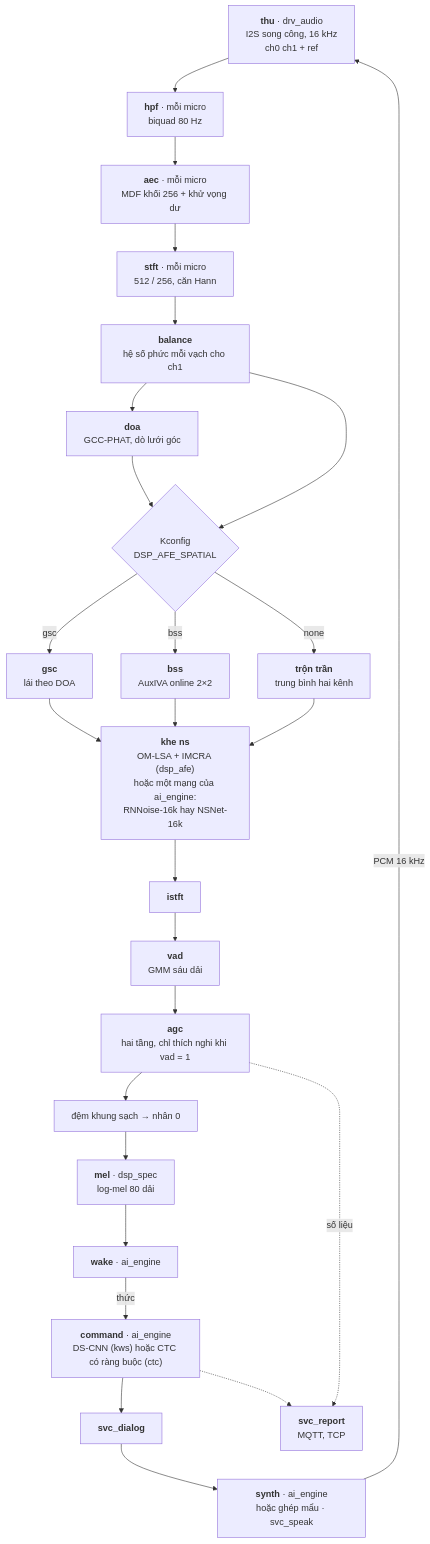
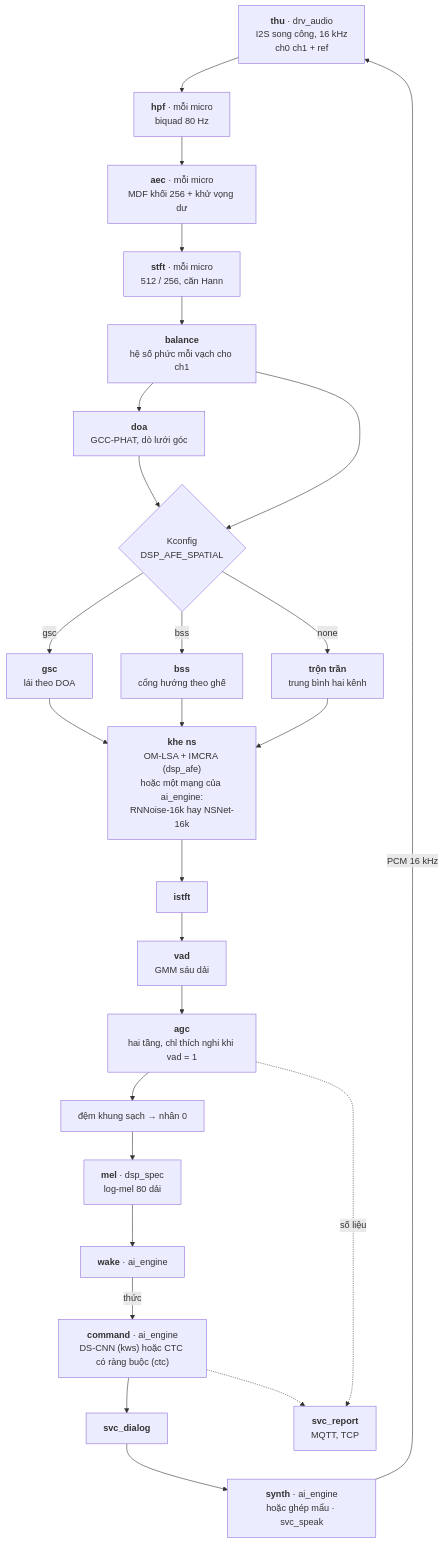
The diagram in docs/KE_HOACH_esp_sr_esp32s3.md (dovanviet04112004/esp-sr), drawn with Mermaid before and after one commit. The commit also changed other lines of this file, not shown here.

````diff
--- a/docs/KE_HOACH_esp_sr_esp32s3.md
+++ b/docs/KE_HOACH_esp_sr_esp32s3.md
@@ -456,28 +456,28 @@
 ```mermaid
 flowchart TB
     A["<b>thu</b> · drv_audio<br/>I2S song công, 16 kHz<br/>ch0 ch1 + ref"] --> B
     B["<b>hpf</b> · mỗi micro<br/>biquad 80 Hz"] --> C
     C["<b>aec</b> · mỗi micro<br/>MDF khối 256 + khử vọng dư"] --> D
     D["<b>stft</b> · mỗi micro<br/>512 / 256, căn Hann"] --> E
     E["<b>balance</b><br/>hệ số phức mỗi vạch cho ch1"] --> F
     F["<b>doa</b><br/>GCC-PHAT, dò lưới góc"] --> G
     E --> G
     G{"Kconfig<br/>DSP_AFE_SPATIAL"} -->|"gsc"| H1["<b>gsc</b><br/>lái theo DOA"]
-    G -->|"bss"| H2["<b>bss</b><br/>AuxIVA online 2×2"]
+    G -->|"bss"| H2["<b>bss</b><br/>cổng hướng theo ghế"]
     G -->|"none"| H3["<b>trộn trần</b><br/>trung bình hai kênh"]
     H1 --> I
     H2 --> I
     H3 --> I
     I["<b>khe ns</b><br/>OM-LSA + IMCRA (dsp_afe)<br/>hoặc một mạng của ai_engine:<br/>RNNoise-16k hay NSNet-16k"] --> J
     J["<b>istft</b>"] --> K
     K["<b>vad</b><br/>GMM sáu dải"] --> L
     L["<b>agc</b><br/>hai tầng, chỉ thích nghi khi vad = 1"] --> M
     M["đệm khung sạch → nhân 0"] --> N
     N["<b>mel</b> · dsp_spec<br/>log-mel 80 dải"] --> O
     O["<b>wake</b> · ai_engine"] -->|"thức"| P
     P["<b>command</b> · ai_engine<br/>DS-CNN (kws) hoặc CTC có ràng buộc (ctc)"] --> Q
     Q["<b>svc_dialog</b>"] --> R
     R["<b>synth</b> · ai_engine<br/>hoặc ghép mẩu · svc_speak"] -->|"PCM 16 kHz"| A
     L -.->|"số liệu"| S["<b>svc_report</b><br/>MQTT, TCP"]
     P -.-> S
 ```
````
